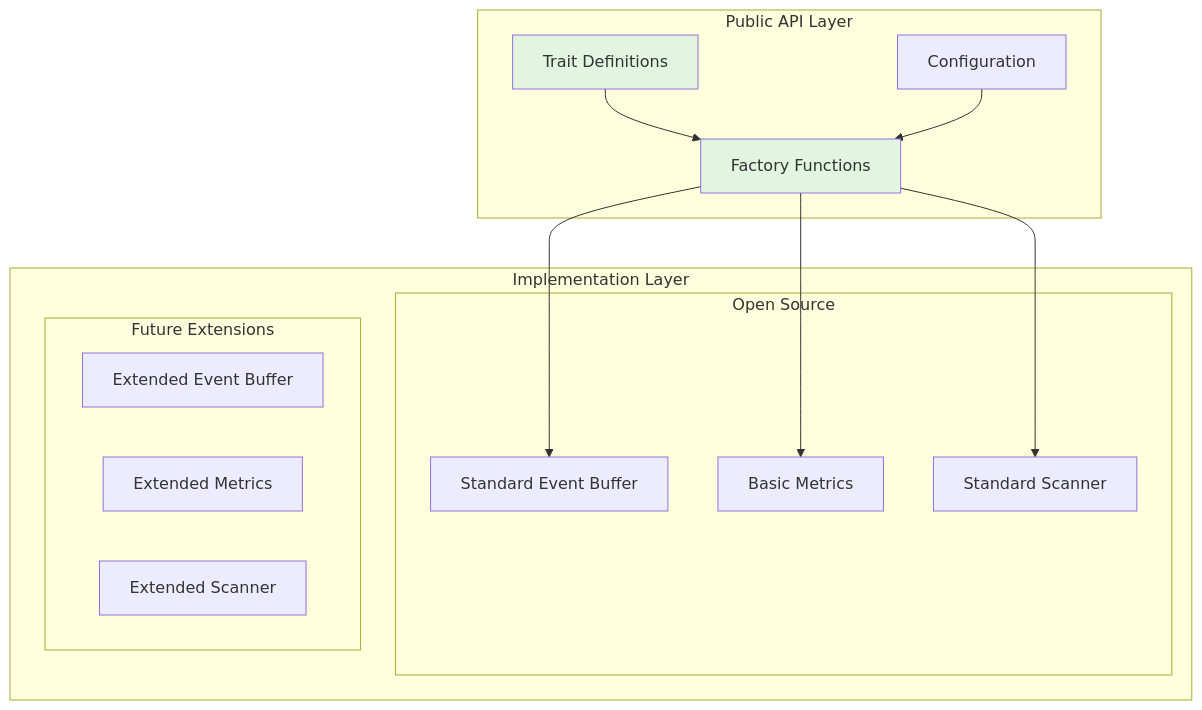
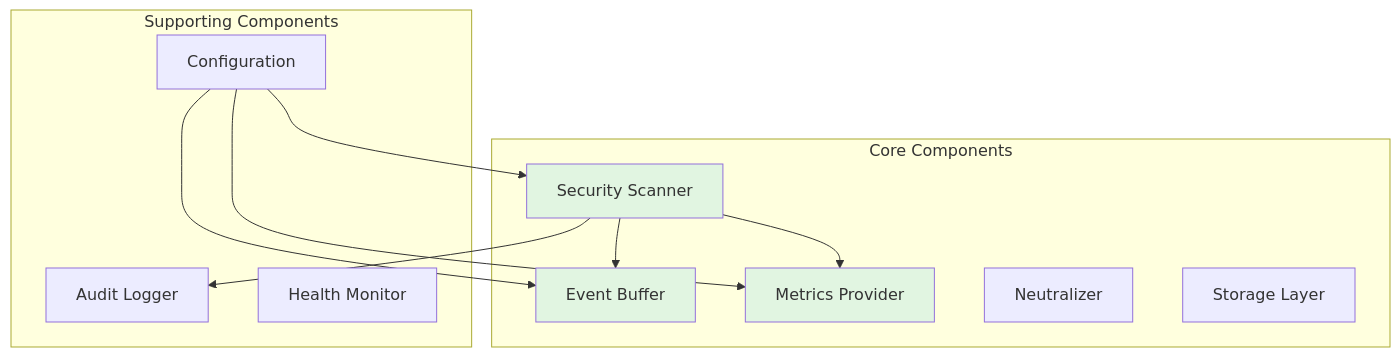
One commit to kindly-software-inc/kindly-guard changed the second of 5 diagrams in docs/architecture/ARCHITECTURE.md. Above: the diagram before and after it, drawn with Mermaid. The commit also changed other lines of this file and 7 other files, not shown here.

First line of the commit message:
security(docs): Remove proprietary implementation references

````diff
--- a/docs/architecture/ARCHITECTURE.md
+++ b/docs/architecture/ARCHITECTURE.md
@@ -89,31 +66,28 @@
 ```mermaid
 graph TB
-    subgraph "Public API Layer"
-        Traits[Trait Definitions]
-        Factory[Factory Functions]
-        Config[Configuration]
+    subgraph "Core Components"
+        Scanner[Security Scanner]
+        Buffer[Event Buffer]
+        Metrics[Metrics Provider]
+        Neutralizer[Neutralizer]
+        Storage[Storage Layer]
     end
     
-    subgraph "Implementation Layer"
-        subgraph "Open Source"
-            StdBuffer[Standard Event Buffer]
-            StdMetrics[Basic Metrics]
-            StdScanner[Standard Scanner]
-        end
-        
-        subgraph "Future Extensions"
-            ExtBuffer[Extended Event Buffer]
-            ExtMetrics[Extended Metrics]
-            ExtScanner[Extended Scanner]
-        end
+    subgraph "Supporting Components"
+        Config[Configuration]
+        Audit[Audit Logger]
+        Health[Health Monitor]
     end
     
-    Traits --> Factory
-    Config --> Factory
-    Factory --> StdBuffer
-    Factory --> StdMetrics
-    Factory --> StdScanner
+    Config --> Scanner
+    Config --> Buffer
+    Config --> Metrics
     
-    style Traits fill:#e1f5e1
-    style Factory fill:#e1f5e1
+    Scanner --> Buffer
+    Scanner --> Metrics
+    Scanner --> Audit
+    
+    style Scanner fill:#e1f5e1
+    style Buffer fill:#e1f5e1
+    style Metrics fill:#e1f5e1
 ```
````
